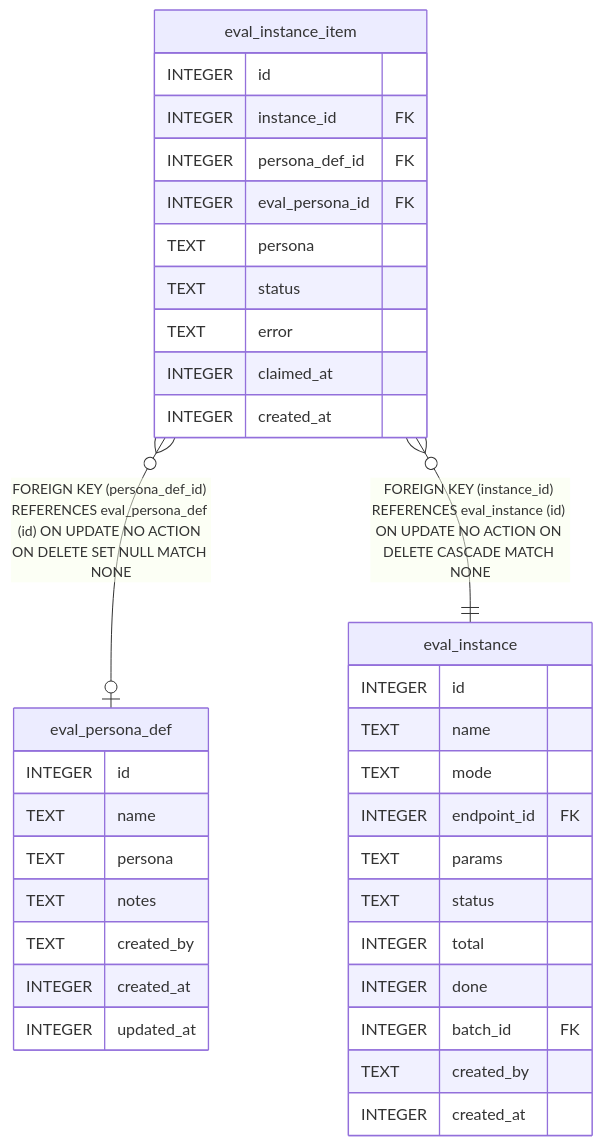
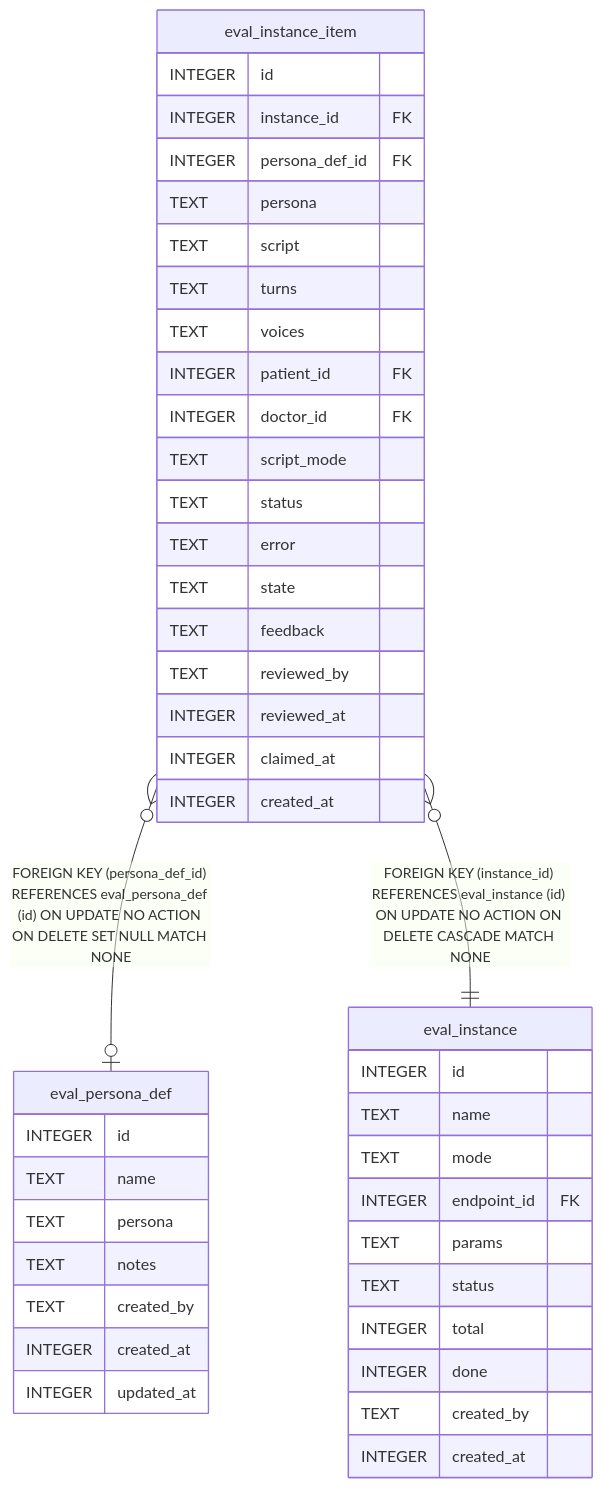
One commit to ktbhealth/docs changed the diagram in content/docs/en/developers/plugins/eval-persona/reference/schema.mmd. Above: the diagram before and after it, drawn with Mermaid. The commit also changed 33 other files, not shown here.

First line of the commit message:
docs(erd): regen after eval pipeline unification (product#138)

```diff
--- a/content/docs/en/developers/plugins/eval-persona/reference/schema.mmd
+++ b/content/docs/en/developers/plugins/eval-persona/reference/schema.mmd
@@ -1,38 +1,46 @@
 erDiagram
 
 "eval_instance_item" }o--o| "eval_persona_def" : "FOREIGN KEY (persona_def_id) REFERENCES eval_persona_def (id) ON UPDATE NO ACTION ON DELETE SET NULL MATCH NONE"
 "eval_instance_item" }o--|| "eval_instance" : "FOREIGN KEY (instance_id) REFERENCES eval_instance (id) ON UPDATE NO ACTION ON DELETE CASCADE MATCH NONE"
 
+"eval_persona_def" {
+  INTEGER id
+  TEXT name
+  TEXT persona
+  TEXT notes
+  TEXT created_by
+  INTEGER created_at
+  INTEGER updated_at
+}
 "eval_instance" {
   INTEGER id
   TEXT name
   TEXT mode
   INTEGER endpoint_id FK
   TEXT params
   TEXT status
   INTEGER total
   INTEGER done
-  INTEGER batch_id FK
   TEXT created_by
   INTEGER created_at
 }
 "eval_instance_item" {
   INTEGER id
   INTEGER instance_id FK
   INTEGER persona_def_id FK
-  INTEGER eval_persona_id FK
   TEXT persona
+  TEXT script
+  TEXT turns
+  TEXT voices
+  INTEGER patient_id FK
+  INTEGER doctor_id FK
+  TEXT script_mode
   TEXT status
   TEXT error
+  TEXT state
+  TEXT feedback
+  TEXT reviewed_by
+  INTEGER reviewed_at
   INTEGER claimed_at
   INTEGER created_at
 }
-"eval_persona_def" {
-  INTEGER id
-  TEXT name
-  TEXT persona
-  TEXT notes
-  TEXT created_by
-  INTEGER created_at
-  INTEGER updated_at
-}
```
